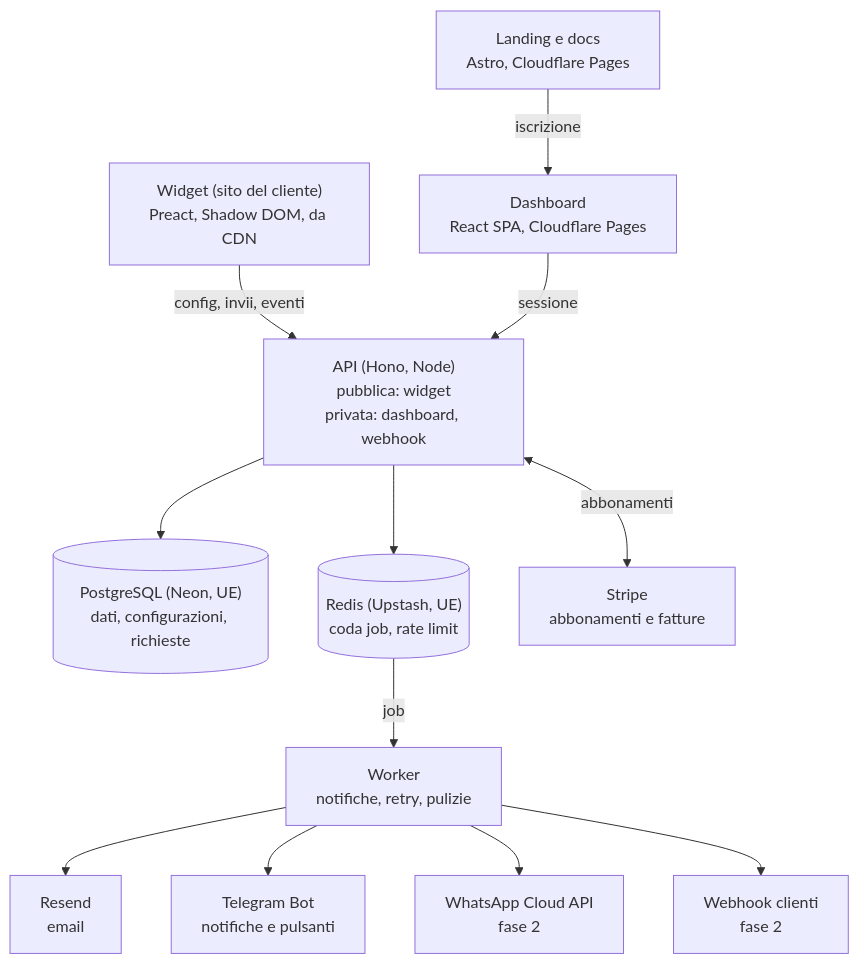
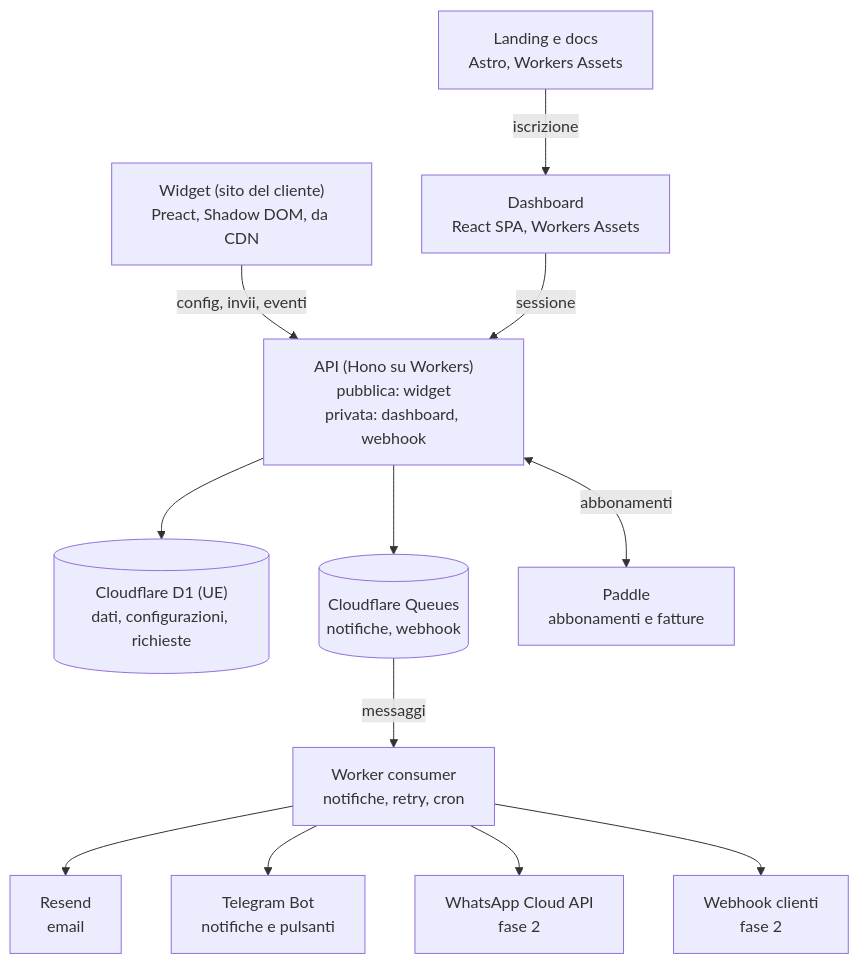
Before and after one commit to OscarIuliano/snippo: the second of 2 diagrams in docs/documentazione-progetto.md, drawn with Mermaid. The commit also changed other lines of this file, not shown here.

First line of the commit message:
docs: architettura interamente su Cloudflare

````diff
--- a/docs/documentazione-progetto.md
+++ b/docs/documentazione-progetto.md
@@ -173,27 +173,27 @@
 ```mermaid
 flowchart TB
     W["Widget (sito del cliente)<br/>Preact, Shadow DOM, da CDN"]
-    D["Dashboard<br/>React SPA, Cloudflare Pages"]
-    L["Landing e docs<br/>Astro, Cloudflare Pages"]
-    API["API (Hono, Node)<br/>pubblica: widget<br/>privata: dashboard, webhook"]
-    PG[("PostgreSQL (Neon, UE)<br/>dati, configurazioni, richieste")]
-    R[("Redis (Upstash, UE)<br/>coda job, rate limit")]
-    WK["Worker<br/>notifiche, retry, pulizie"]
-    S["Stripe<br/>abbonamenti e fatture"]
+    D["Dashboard<br/>React SPA, Workers Assets"]
+    L["Landing e docs<br/>Astro, Workers Assets"]
+    API["API (Hono su Workers)<br/>pubblica: widget<br/>privata: dashboard, webhook"]
+    DB[("Cloudflare D1 (UE)<br/>dati, configurazioni, richieste")]
+    Q[("Cloudflare Queues<br/>notifiche, webhook")]
+    WK["Worker consumer<br/>notifiche, retry, cron"]
+    P["Paddle<br/>abbonamenti e fatture"]
     RS["Resend<br/>email"]
     TG["Telegram Bot<br/>notifiche e pulsanti"]
     WA["WhatsApp Cloud API<br/>fase 2"]
     WH["Webhook clienti<br/>fase 2"]
 
     L -- iscrizione --> D
     W -- "config, invii, eventi" --> API
     D -- sessione --> API
-    API --> PG
-    API --> R
-    API <-- abbonamenti --> S
-    R -- job --> WK
+    API --> DB
+    API --> Q
+    API <-- abbonamenti --> P
+    Q -- messaggi --> WK
     WK --> RS
     WK --> TG
     WK --> WA
     WK --> WH
 ```
````
